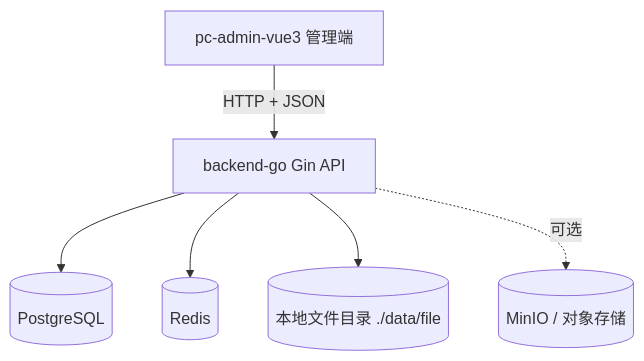
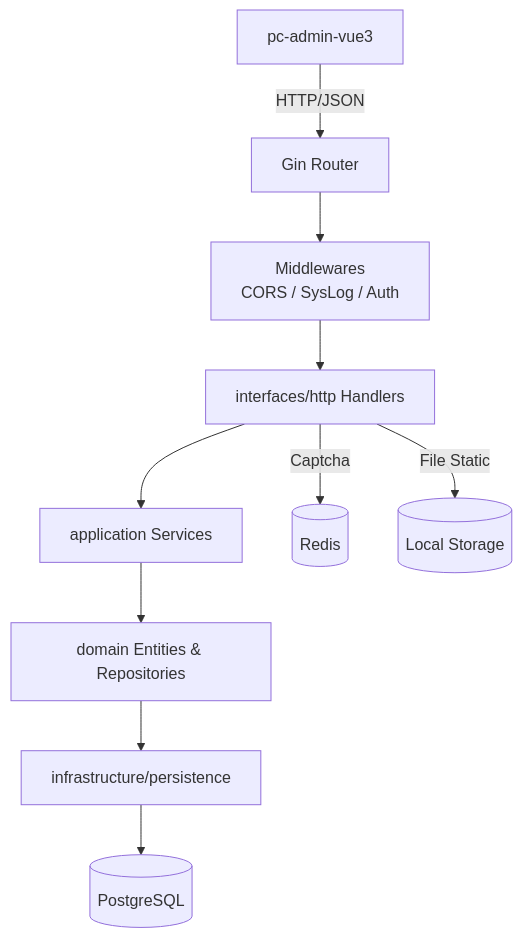
One commit to saberc8/template-rbac-ex changed the first of 2 diagrams in helloagents/wiki/arch.md. Above: the diagram before and after it, drawn with Mermaid. The commit also changed other lines of this file and 54 other files, not shown here.

````diff
--- a/helloagents/wiki/arch.md
+++ b/helloagents/wiki/arch.md
@@ -4,8 +5,12 @@
 ```mermaid
 flowchart TD
-    UI[pc-admin-vue3 管理端] -->|HTTP + JSON| API[backend-go Gin API]
-    API --> PG[(PostgreSQL)]
-    API --> R[(Redis)]
-    API --> FS[(本地文件目录 ./data/file)]
-    API -.可选.-> OSS[(MinIO / 对象存储)]
+    FE[pc-admin-vue3] -->|HTTP/JSON| GIN[Gin Router]
+    GIN --> MW[Middlewares<br/>CORS / SysLog / Auth]
+    MW --> HANDLERS[interfaces/http Handlers]
+    HANDLERS --> APP[application Services]
+    APP --> DOMAIN[domain Entities & Repositories]
+    DOMAIN --> REPO[infrastructure/persistence]
+    REPO --> PG[(PostgreSQL)]
+    HANDLERS -->|Captcha| REDIS[(Redis)]
+    HANDLERS -->|File Static| FS[(Local Storage)]
 ```
````
